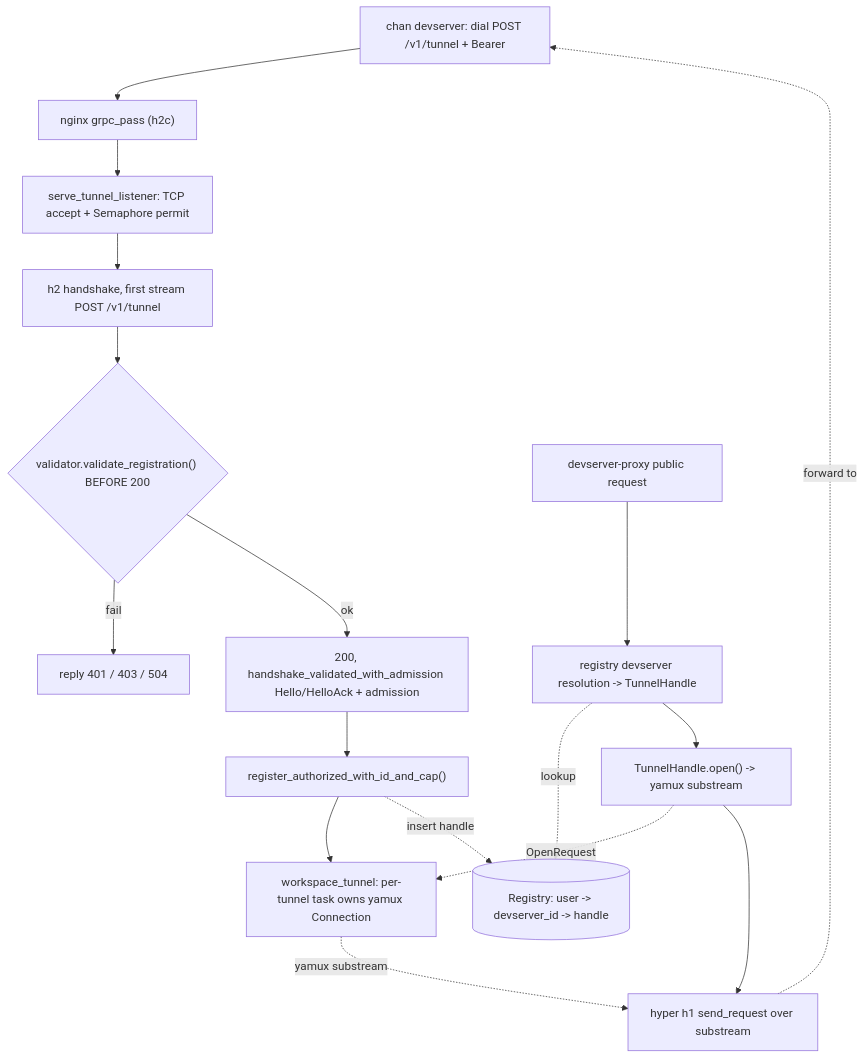
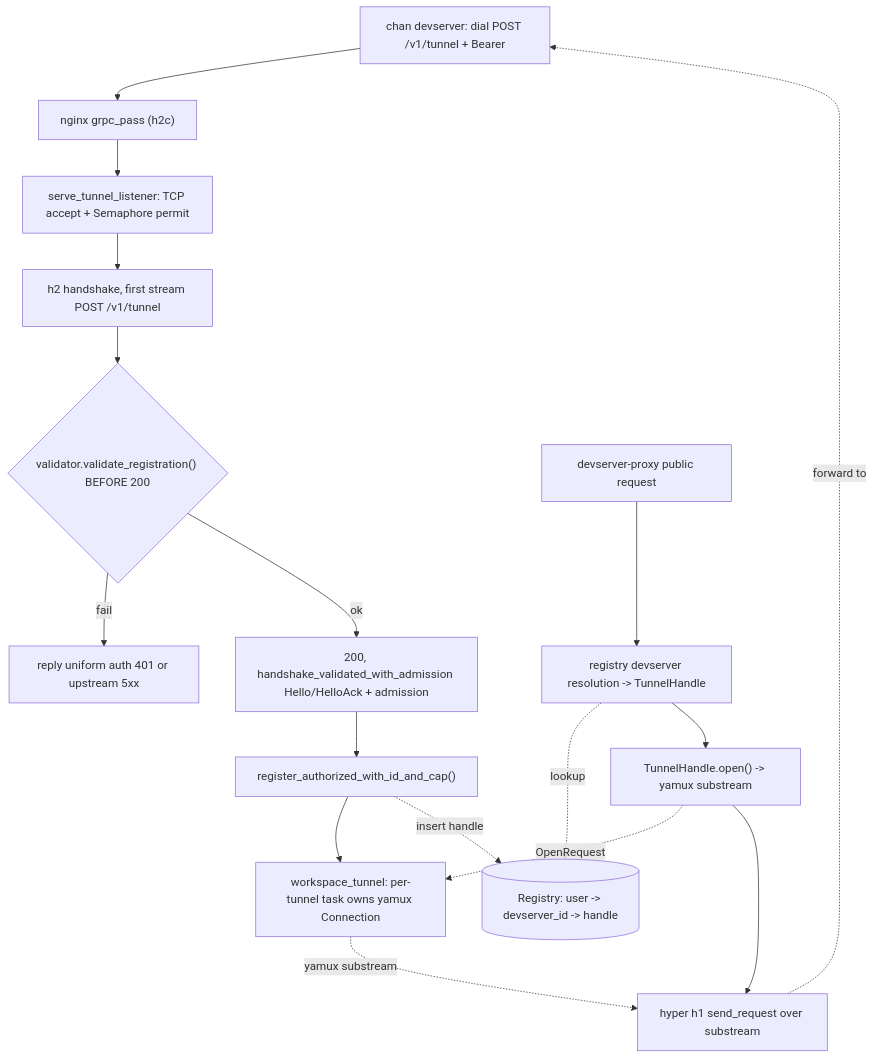
Before and after one commit to fiorix/chan: the first of 2 diagrams in crates/chan-tunnel-server/design.md, drawn with Mermaid. The commit also changed other lines of this file and 11 other files, not shown here.

````diff
--- a/crates/chan-tunnel-server/design.md
+++ b/crates/chan-tunnel-server/design.md
@@ -37,29 +37,29 @@
 ```mermaid
 flowchart TD
     client["chan devserver: dial POST /v1/tunnel + Bearer"]
     nginx["nginx grpc_pass (h2c)"]
     listener["serve_tunnel_listener: TCP accept + Semaphore permit"]
     h2["h2 handshake, first stream POST /v1/tunnel"]
     validate{"validator.validate_registration() BEFORE 200"}
-    reject["reply 401 / 403 / 504"]
+    reject["reply uniform auth 401 or upstream 5xx"]
     ack["200, handshake_validated_with_admission Hello/HelloAck + admission"]
     register["register_authorized_with_id_and_cap()"]
     driver["workspace_tunnel: per-tunnel task owns yamux Connection"]
     registry[("Registry: user -> devserver_id -> handle")]
     proxy["devserver-proxy public request"]
     get["registry devserver resolution -> TunnelHandle"]
     open["TunnelHandle.open() -> yamux substream"]
     h1["hyper h1 send_request over substream"]
 
     client --> nginx --> listener --> h2 --> validate
     validate -- "fail" --> reject
     validate -- "ok" --> ack --> register --> driver
     register -. "insert handle" .-> registry
     proxy --> get
     get -. "lookup" .-> registry
     get --> open
     open -. "OpenRequest" .-> driver
     open --> h1
     driver -. "yamux substream" .-> h1
     h1 -. "forward to" .-> client
 ```
````
